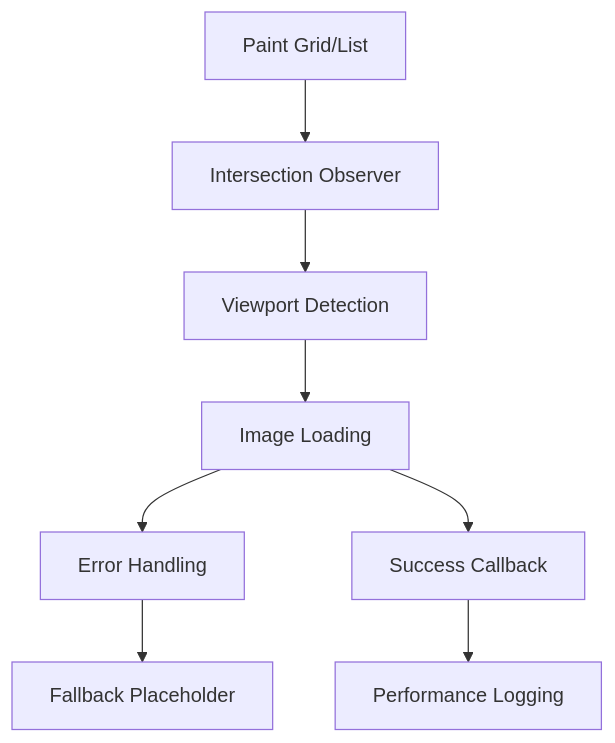
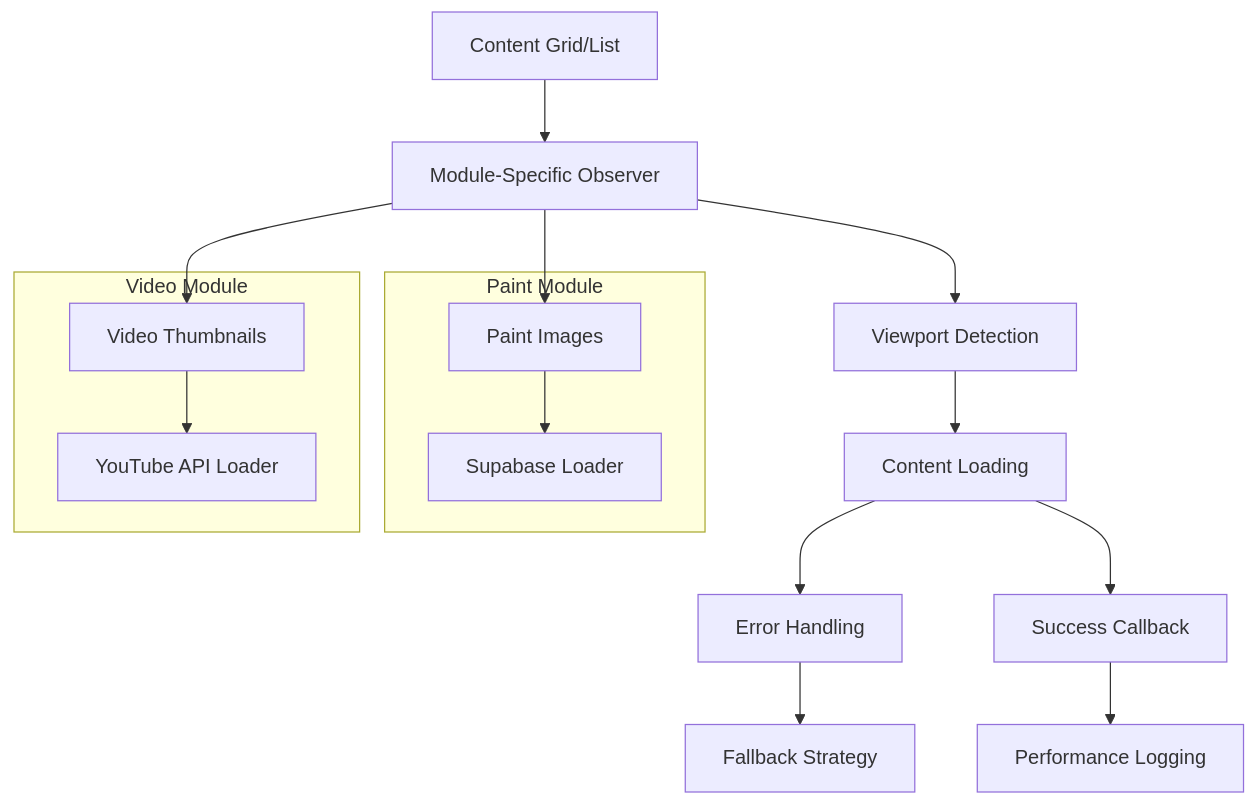
Before and after one commit to CALILU/print-and-paint-studio-app: the diagram in docs/lazy-loading-implementation.md, drawn with Mermaid. The commit also changed other lines of this file and 4 other files, not shown here.

````diff
--- a/docs/lazy-loading-implementation.md
+++ b/docs/lazy-loading-implementation.md
@@ -11,10 +16,21 @@
 ```mermaid
 graph TD
-    A[Paint Grid/List] --> B[Intersection Observer]
+    A[Content Grid/List] --> B[Module-Specific Observer]
     B --> C[Viewport Detection]
-    C --> D[Image Loading]
+    C --> D[Content Loading]
     D --> E[Error Handling]
     D --> F[Success Callback]
-    E --> G[Fallback Placeholder]
+    E --> G[Fallback Strategy]
     F --> H[Performance Logging]
+    
+    subgraph "Paint Module"
+        I[Paint Images] --> J[Supabase Loader]
+    end
+    
+    subgraph "Video Module"
+        K[Video Thumbnails] --> L[YouTube API Loader]
+    end
+    
+    B --> I
+    B --> K
 ```
````
